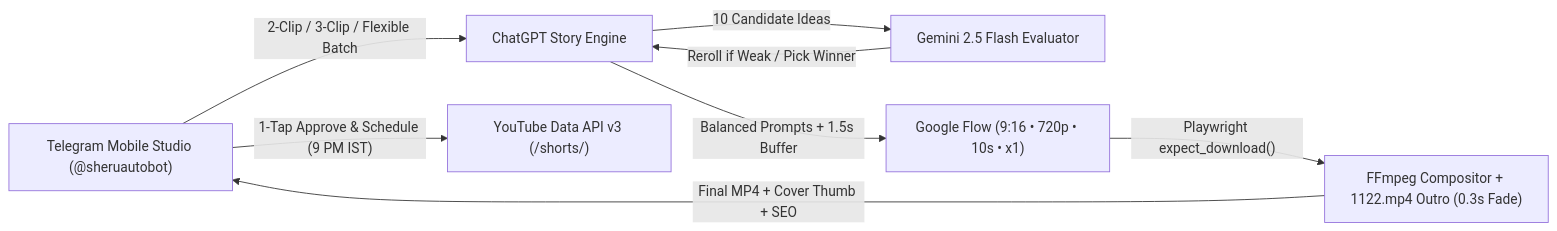
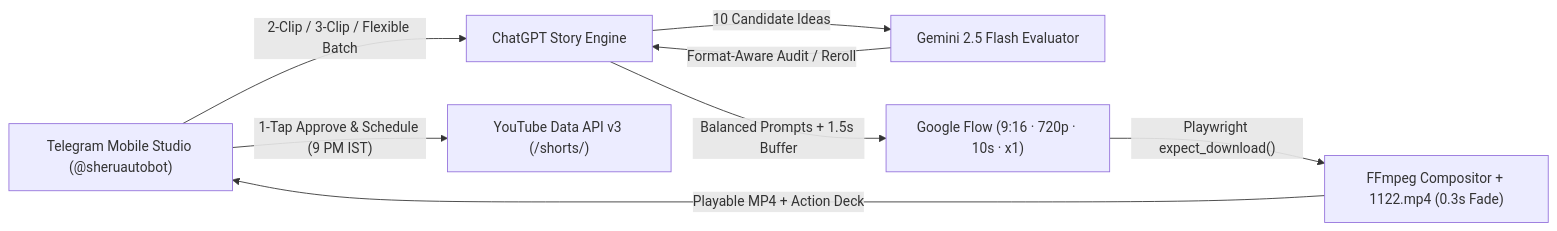
The diagram in README.md (mehaksandhudev/apex-cinegen-pro), drawn with Mermaid before and after one commit. The commit also changed other lines of this file, not shown here.

````diff
--- a/README.md
+++ b/README.md
@@ -35,10 +53,10 @@
 ```mermaid
 flowchart LR
     TG["Telegram Mobile Studio (@sheruautobot)"] -->|"2-Clip / 3-Clip / Flexible Batch"| GPT["ChatGPT Story Engine"]
     GPT -->|"10 Candidate Ideas"| GEM["Gemini 2.5 Flash Evaluator"]
-    GEM -->|"Reroll if Weak / Pick Winner"| GPT
-    GPT -->|"Balanced Prompts + 1.5s Buffer"| FLOW["Google Flow (9:16 • 720p • 10s • x1)"]
-    FLOW -->|"Playwright expect_download()"| FFMPEG["FFmpeg Compositor + 1122.mp4 Outro (0.3s Fade)"]
-    FFMPEG -->|"Final MP4 + Cover Thumb + SEO"| TG
+    GEM -->|"Format-Aware Audit / Reroll"| GPT
+    GPT -->|"Balanced Prompts + 1.5s Buffer"| FLOW["Google Flow (9:16 · 720p · 10s · x1)"]
+    FLOW -->|"Playwright expect_download()"| FFMPEG["FFmpeg Compositor + 1122.mp4 (0.3s Fade)"]
+    FFMPEG -->|"Playable MP4 + Action Deck"| TG
     TG -->|"1-Tap Approve & Schedule (9 PM IST)"| YT["YouTube Data API v3 (/shorts/)"]
 ```
````
